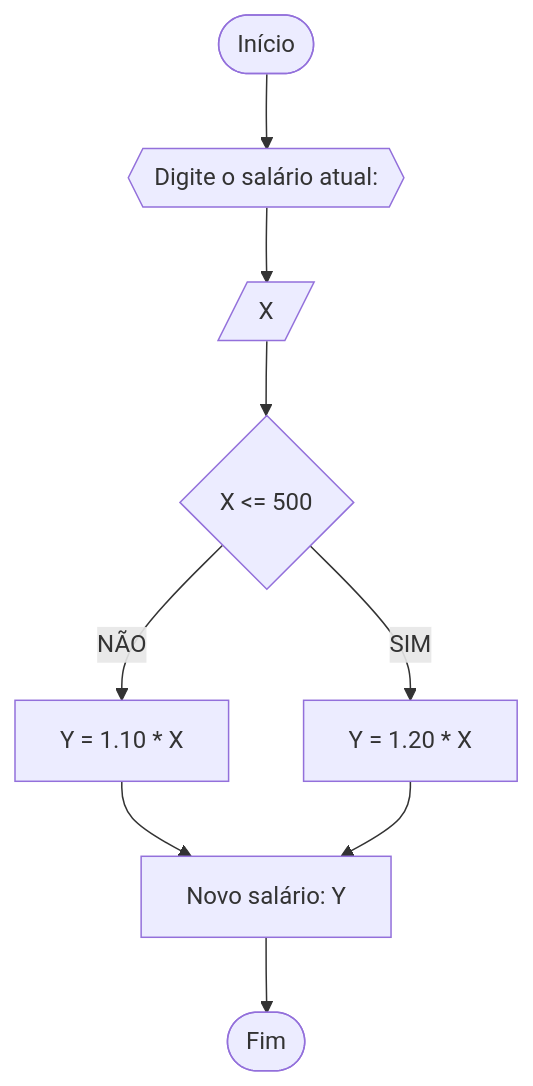
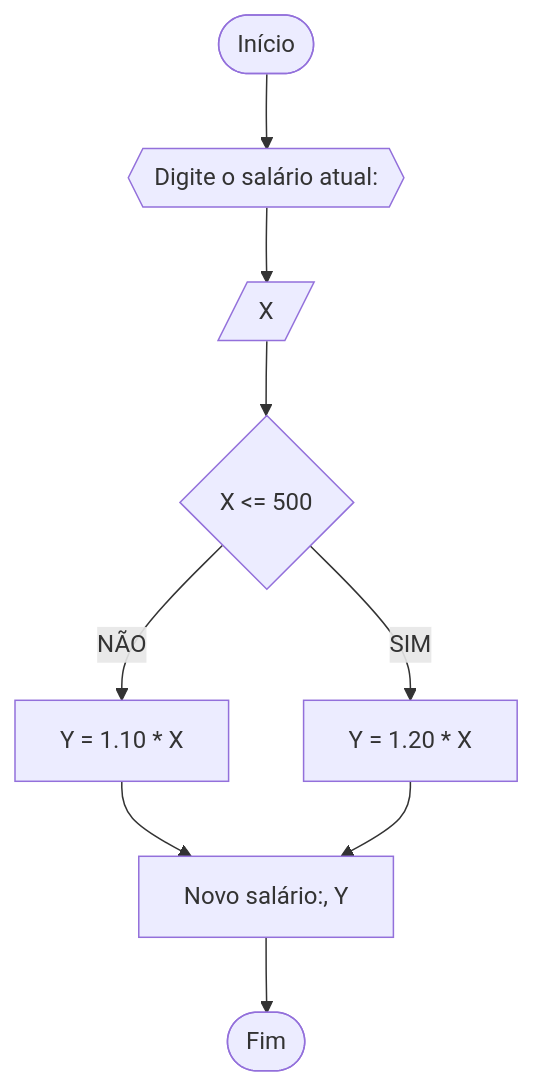
Before and after one commit to Jandih/Unifor: the second of 4 diagrams in RLA/lista_exercicio.md, drawn with Mermaid.

`````diff
--- a/RLA/lista_exercicio.md
+++ b/RLA/lista_exercicio.md
@@ -36,11 +36,11 @@
 ````mermaid
 flowchart TD
 A([Início]) --> B{{Digite o salário atual:}}
 B --> C[/X/]
 C --> D{X <= 500}
 D --NÃO--> E[Y = 1.10 * X]
 D --SIM--> F[Y = 1.20 * X]
-E --> G[Novo salário: Y]
+E --> G[Novo salário:, Y]
 F --> G
 G --> H([Fim])
 ````
`````
